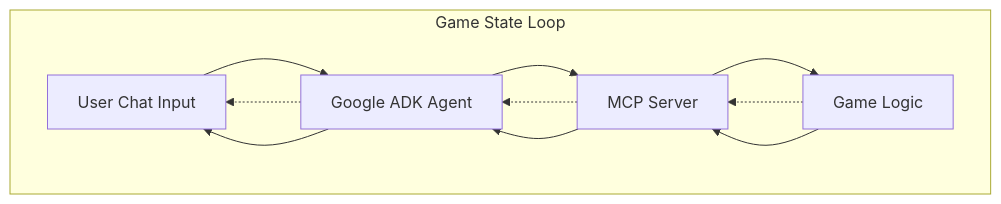
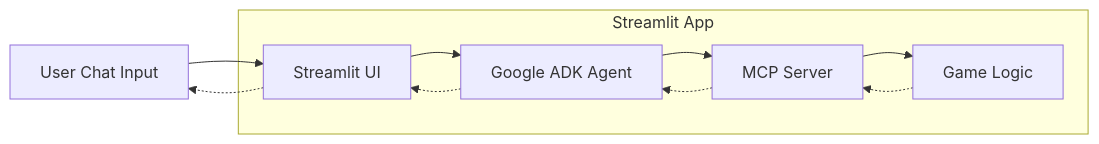
The diagram in README.md (MarinCervinschi/mcp-maze-runner), drawn with Mermaid before and after one commit. The commit also changed other lines of this file, not shown here.

Commit message:
feat: update README to reflect Streamlit UI integration and usage instructions

````diff
--- a/README.md
+++ b/README.md
@@ -11,15 +11,18 @@
 ```mermaid
-graph TD
-    A[User Chat Input] --> B[Google ADK Agent]
-    B --> C[MCP Server]
-    C --> D[Game Logic]
+graph LR
+    A[User Chat Input] --> B[Streamlit UI]
+    B --> C[Google ADK Agent]
+    C --> D[MCP Server]
+    D --> E[Game Logic]
+    E -.-> D
     D -.-> C
     C -.-> B
     B -.-> A
 
-    subgraph "Game State Loop"
-        D --> C
-        C --> B
-        B --> A
+    subgraph "Streamlit App"
+        B
+        C
+        D
+        E
     end
 ```
````
